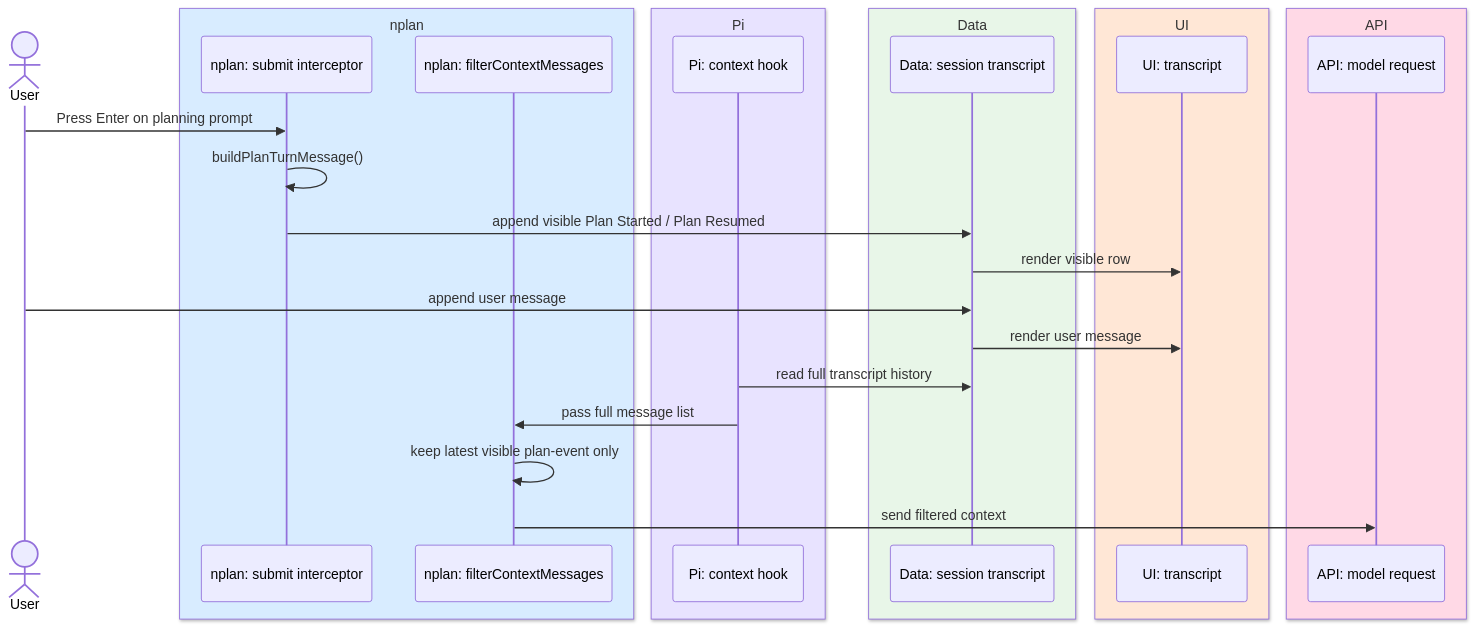
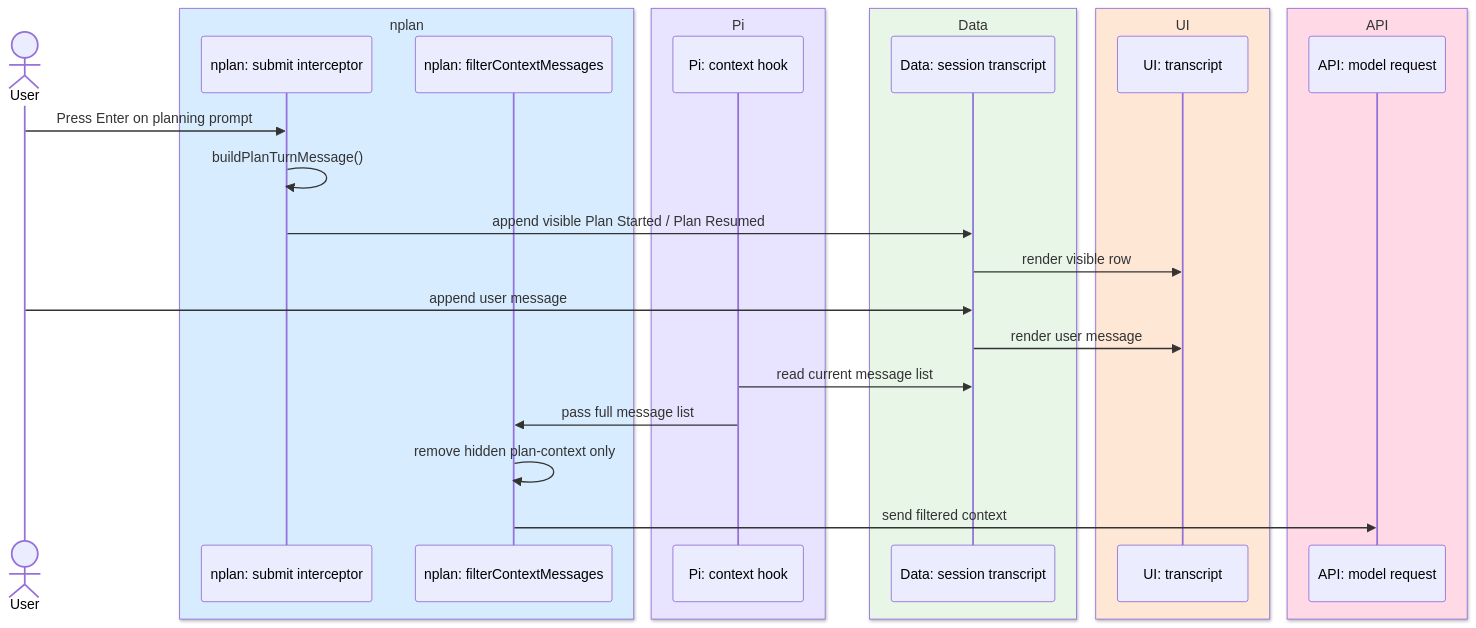
One commit to pyronaur/nplan changed the third of 5 diagrams in docs/planning-message-lifecycle.md. Above: the diagram before and after it, drawn with Mermaid. The commit also changed other lines of this file and 8 other files, not shown here.

````diff
--- a/docs/planning-message-lifecycle.md
+++ b/docs/planning-message-lifecycle.md
@@ -99,31 +100,31 @@
 ```mermaid
 sequenceDiagram
     actor U as User
     box rgb(216,236,255) nplan
         participant T as nplan: submit interceptor
         participant F as nplan: filterContextMessages
     end
     box rgb(232,227,255) Pi
         participant C as Pi: context hook
     end
     box rgb(232,246,232) Data
         participant S as Data: session transcript
     end
     box rgb(255,231,214) UI
         participant UI as UI: transcript
     end
     box rgb(255,217,230) API
         participant M as API: model request
     end
 
     U->>T: Press Enter on planning prompt
     T->>T: buildPlanTurnMessage()
     T->>S: append visible Plan Started / Plan Resumed
     S->>UI: render visible row
     U->>S: append user message
     S->>UI: render user message
-    C->>S: read full transcript history
+    C->>S: read current message list
     C->>F: pass full message list
-    F->>F: keep latest visible plan-event only
+    F->>F: remove hidden plan-context only
     F->>M: send filtered context
 ```
````
